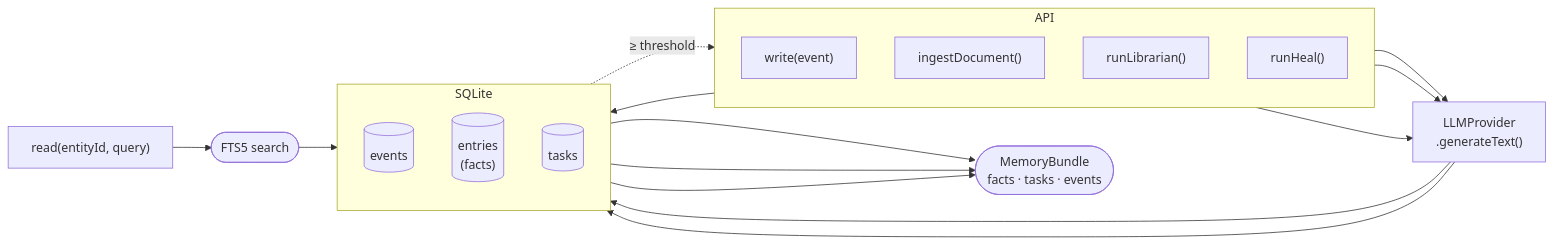
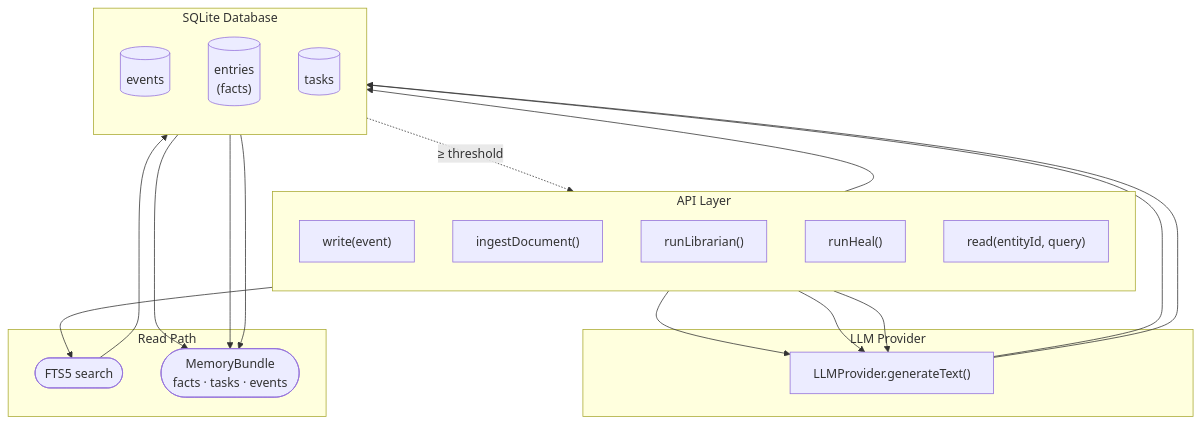
Before and after one commit to equationalapplications/expo-llm-wiki: the diagram in README.md, drawn with Mermaid. The commit also changed other lines of this file and 7 other files, not shown here.

````diff
--- a/README.md
+++ b/README.md
@@ -21,37 +21,47 @@
 ```mermaid
-flowchart LR
-    subgraph API
+flowchart TB
+    subgraph API["API Layer"]
         direction TB
         write["write(event)"]
         ingest["ingestDocument()"]
         librarian["runLibrarian()"]
         heal["runHeal()"]
+        read["read(entityId, query)"]
     end
 
-    subgraph SQLite
+    subgraph LLMLayer["LLM Provider"]
+        LLM["LLMProvider.generateText()"]
+    end
+
+    subgraph SQLiteLayer["SQLite Database"]
         direction TB
         events[(events)]
-        entries[("entries\n(facts)")]
+        entries[("entries<br/>(facts)")]
         tasks[(tasks)]
     end
 
-    LLM["LLMProvider\n.generateText()"]
+    subgraph ReadPath["Read Path"]
+        FTS5(["FTS5 search"])
+        Bundle(["MemoryBundle<br/>facts · tasks · events"])
+    end
 
-    read["read(entityId, query)"]
-    FTS5(["FTS5 search"])
-    Bundle(["MemoryBundle\nfacts · tasks · events"])
-
+    %% Write paths
     write --> events
     events -. "≥ threshold" .-> librarian
+    
+    %% LLM calls
     librarian --> LLM
     heal --> LLM
     ingest --> LLM
+    
+    %% Database writes
     LLM --> entries
     LLM --> tasks
-
+    
+    %% Read path
     read --> FTS5
     FTS5 --> entries
     entries --> Bundle
     tasks --> Bundle
     events --> Bundle
 ```
````
